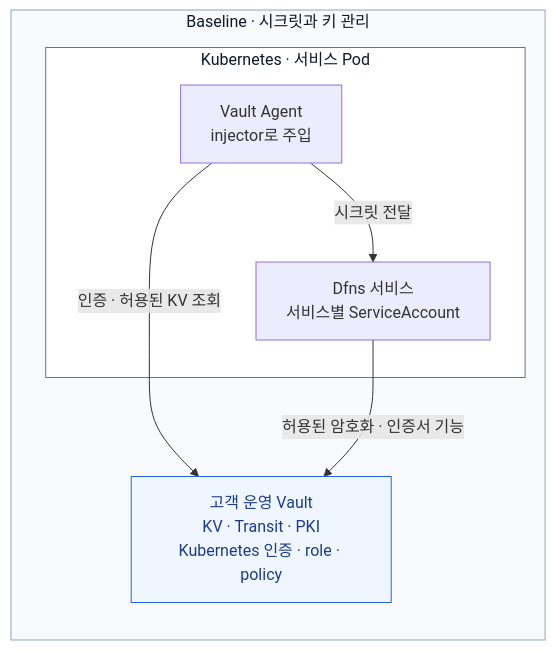
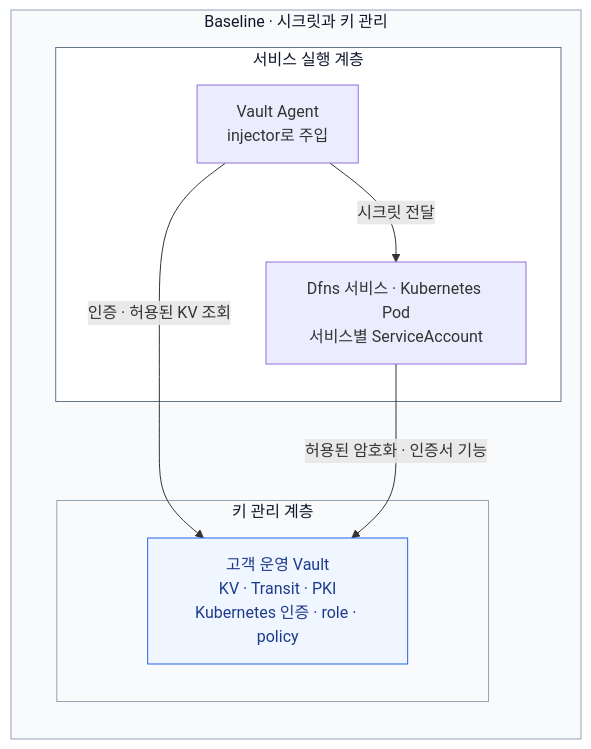
One commit to eunsujeo/eunpus changed the third of 8 diagrams in blockchain-manager/docs/WaaS 도입·구축/Dfns/03-baseline-datacenter-design.md. Above: the diagram before and after it, drawn with Mermaid. The commit also changed other lines of this file and 2 other files, not shown here.

Commit message:
docs: group Dfns Baseline diagrams by architecture layer

````diff
--- a/blockchain-manager/docs/WaaS 도입·구축/Dfns/03-baseline-datacenter-design.md
+++ b/blockchain-manager/docs/WaaS 도입·구축/Dfns/03-baseline-datacenter-design.md
@@ -106,18 +134,22 @@
 ```mermaid
+%%{init: {"themeCSS": "foreignObject { line-height: 1.5; }"}}%%
 flowchart TB
     subgraph BASELINE["Baseline · 시크릿과 키 관리"]
         direction TB
-        subgraph POD["Kubernetes · 서비스 Pod"]
-            SERVICE["Dfns 서비스<br/>서비스별 ServiceAccount"]
+        subgraph POD["서비스 실행 계층"]
+            SERVICE["Dfns 서비스 · Kubernetes Pod<br/>서비스별 ServiceAccount"]
             AGENT["Vault Agent<br/>injector로 주입"]
             AGENT -->|"시크릿 전달"| SERVICE
         end
+        subgraph KEYMGMT["키 관리 계층"]
         VAULT["고객 운영 Vault<br/>KV · Transit · PKI<br/>Kubernetes 인증 · role · policy"]
+        end
         AGENT -->|"인증 · 허용된 KV 조회"| VAULT
         SERVICE -->|"허용된 암호화 · 인증서 기능"| VAULT
     end
     classDef trust fill:#eff6ff,stroke:#2563eb,color:#1e3a8a
     style BASELINE fill:#f8fafc,stroke:#94a3b8,color:#0f172a
     style POD fill:#fff,stroke:#64748b,color:#0f172a
     class VAULT trust
+    style KEYMGMT fill:#f8fafc,stroke:#94a3b8,color:#0f172a
 ```
````
